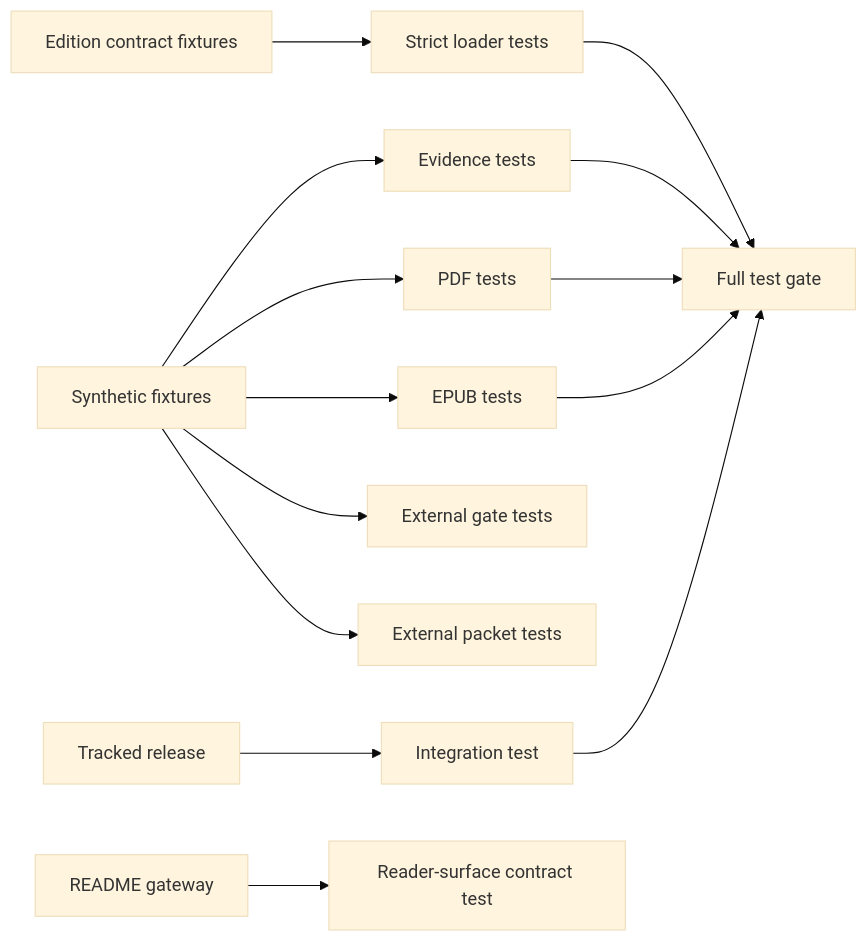
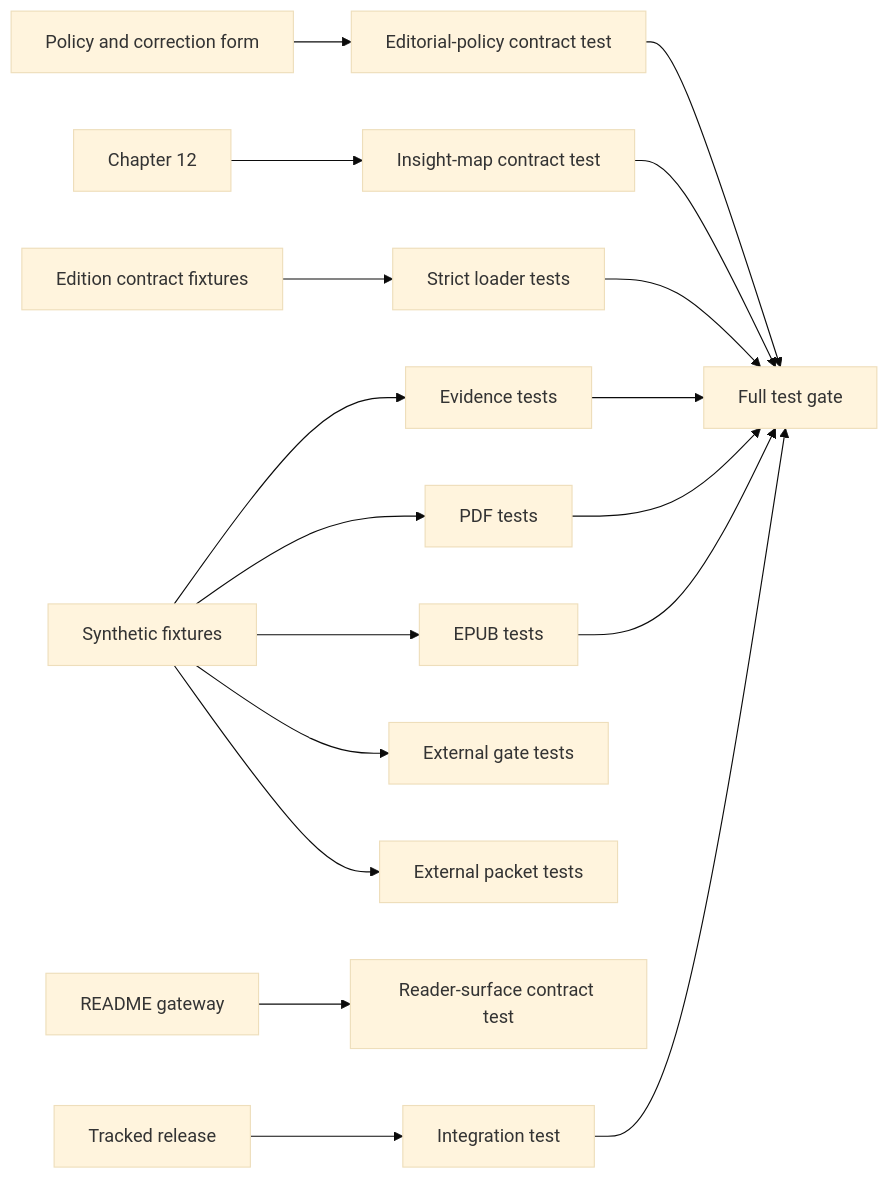
One commit to streamentry/streamentry changed the first of 5 diagrams in tests/AGENTS.md. Above: the diagram before and after it, drawn with Mermaid (base theme). The commit also changed other lines of this file and 24 other files, not shown here.

Commit message:
Deepen insight map and publish correction policy

````diff
--- a/tests/AGENTS.md
+++ b/tests/AGENTS.md
@@ -34,16 +36,20 @@
 ```mermaid
 flowchart LR
   C["Edition contract fixtures"] --> D["Strict loader tests"]
   F["Synthetic fixtures"] --> E["Evidence tests"]
   F --> P["PDF tests"]
   F --> U["EPUB tests"]
   F --> X["External gate tests"]
   F --> K["External packet tests"]
   R["Tracked release"] --> I["Integration test"]
   W["README gateway"] --> J["Reader-surface contract test"]
+  H["Policy and correction form"] --> N["Editorial-policy contract test"]
+  B["Chapter 12"] --> M["Insight-map contract test"]
+  N --> G
+  M --> G
   E --> G["Full test gate"]
   D --> G
   P --> G
   U --> G
   I --> G
 ```
````
